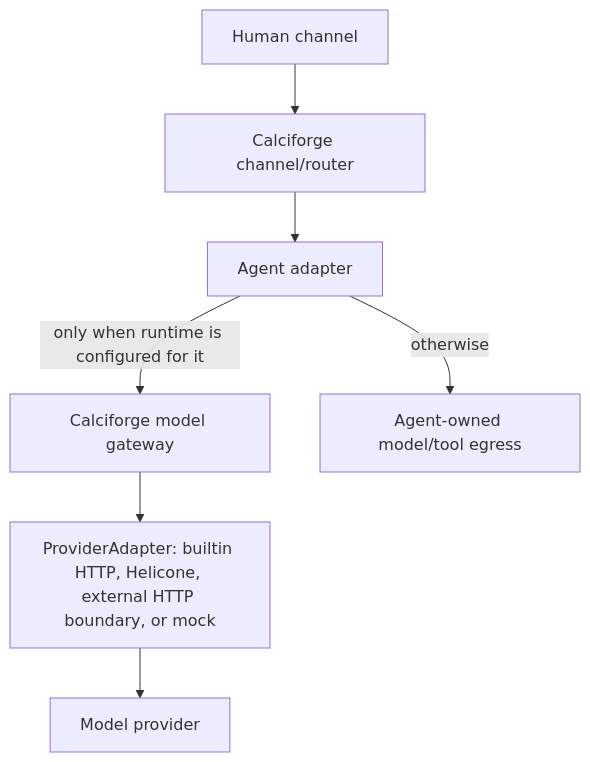
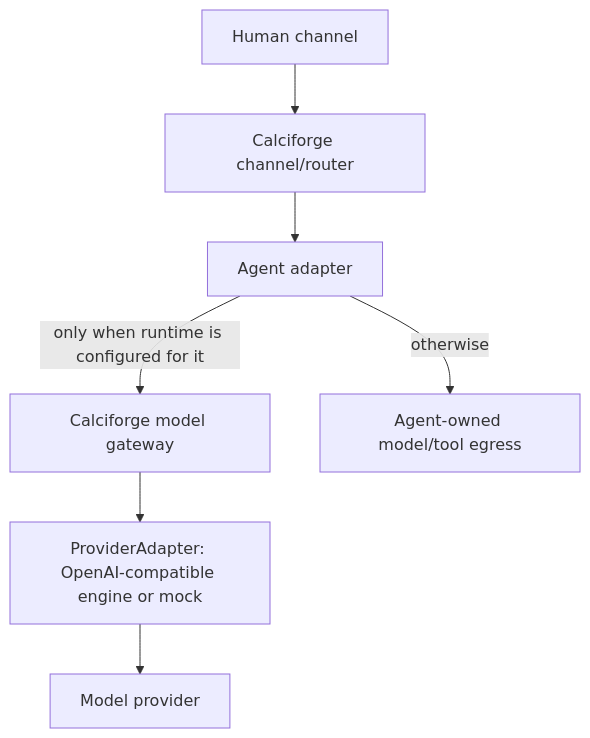
Before and after one commit to bglusman/calciforge: the diagram in docs/adr/0001-model-gateway-and-agent-boundaries.md, drawn with Mermaid. The commit also changed other lines of this file and 24 other files, not shown here.

Commit message:
Generalize OpenAI-compatible provider adapters

````diff
--- a/docs/adr/0001-model-gateway-and-agent-boundaries.md
+++ b/docs/adr/0001-model-gateway-and-agent-boundaries.md
@@ -38,10 +38,10 @@
 ```mermaid
 flowchart TD
   User["Human channel"] --> Router["Calciforge channel/router"]
   Router --> Adapter["Agent adapter"]
   Adapter -->|"only when runtime is configured for it"| Gateway["Calciforge model gateway"]
-  Gateway --> Engine["ProviderAdapter: builtin HTTP, Helicone, external HTTP boundary, or mock"]
+  Gateway --> Engine["ProviderAdapter: OpenAI-compatible engine or mock"]
   Engine --> Provider["Model provider"]
 
   Adapter -->|"otherwise"| AgentEgress["Agent-owned model/tool egress"]
 ```
````
